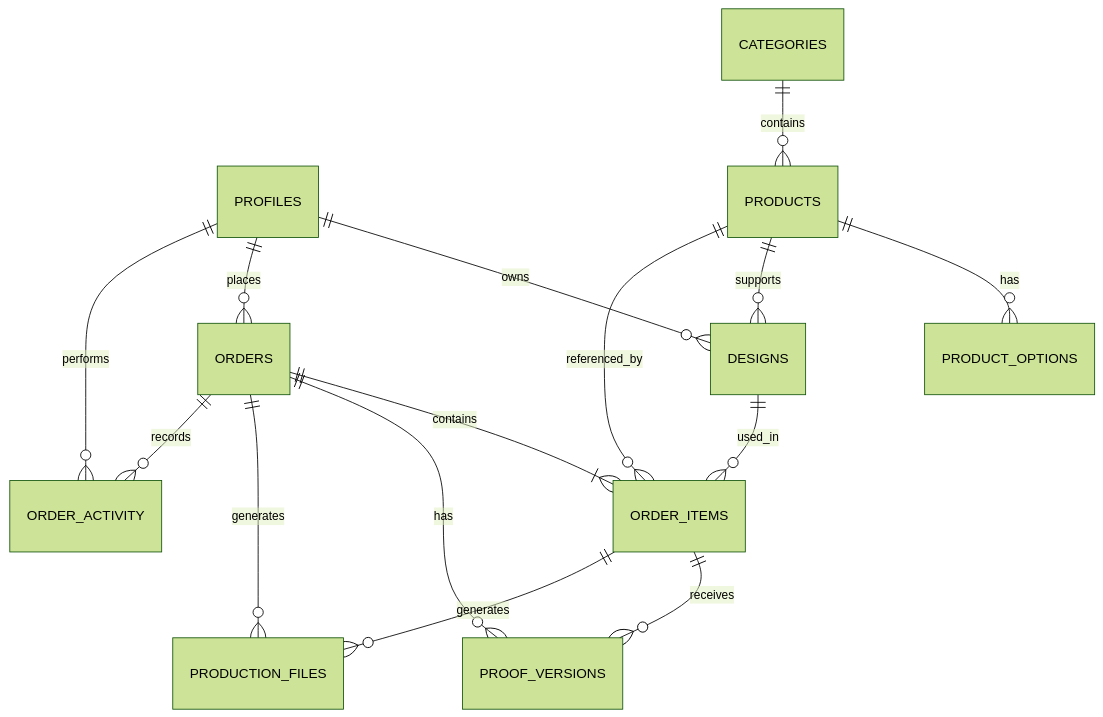
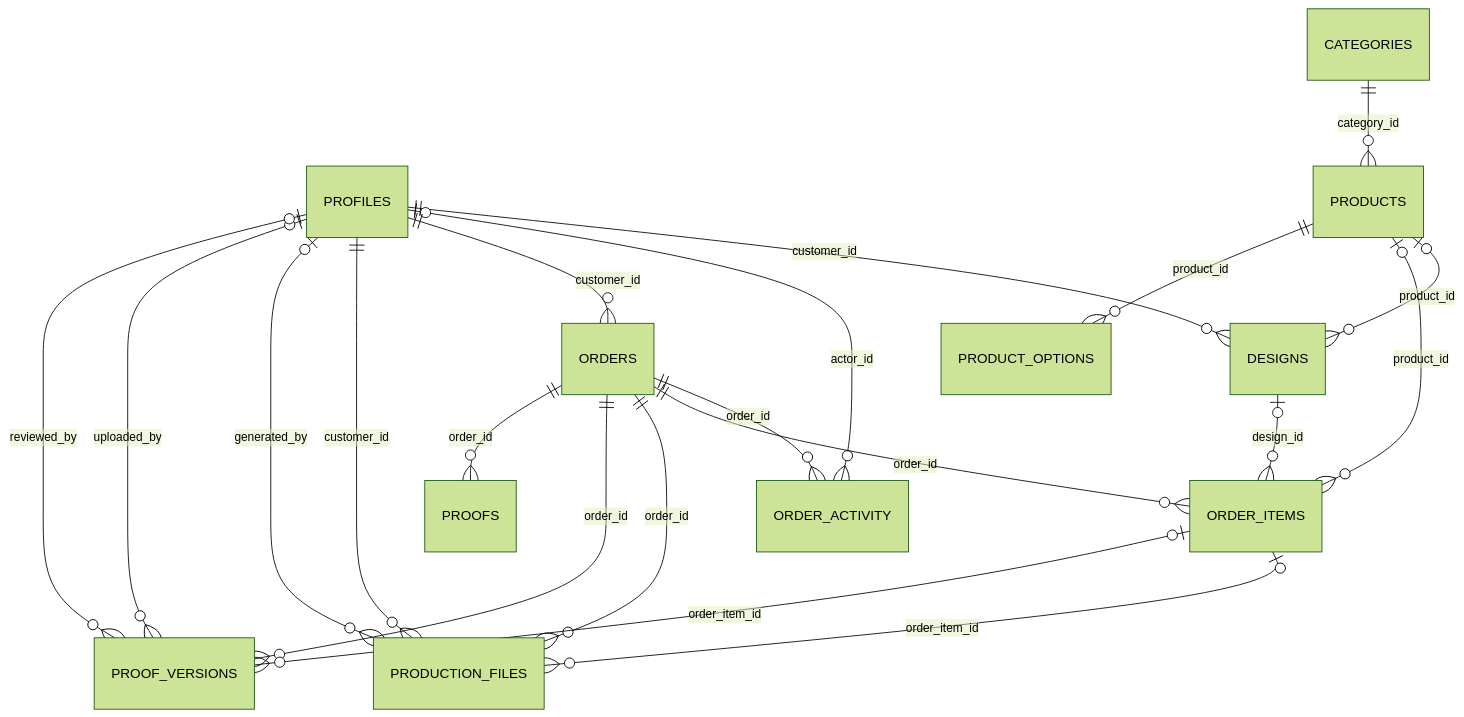
One commit to bellaleprasann20/digital-heroes-printforge changed the diagram in docs/DATABASE_SCHEMA.md. Above: the diagram before and after it, drawn with Mermaid (forest theme). The commit also changed other lines of this file, not shown here.

Commit message:
docs: update database schema from live Supabase

````diff
--- a/docs/DATABASE_SCHEMA.md
+++ b/docs/DATABASE_SCHEMA.md
@@ -15,17 +21,22 @@
 ```mermaid
 erDiagram
-    PROFILES ||--o{ DESIGNS : owns
-    PROFILES ||--o{ ORDERS : places
-    CATEGORIES ||--o{ PRODUCTS : contains
-    PRODUCTS ||--o{ PRODUCT_OPTIONS : has
-    PRODUCTS ||--o{ DESIGNS : supports
-    ORDERS ||--|{ ORDER_ITEMS : contains
-    PRODUCTS ||--o{ ORDER_ITEMS : referenced_by
-    DESIGNS ||--o{ ORDER_ITEMS : used_in
-    ORDERS ||--o{ PROOF_VERSIONS : has
-    ORDER_ITEMS ||--o{ PROOF_VERSIONS : receives
-    ORDERS ||--o{ PRODUCTION_FILES : generates
-    ORDER_ITEMS ||--o{ PRODUCTION_FILES : generates
-    PROFILES ||--o{ ORDER_ACTIVITY : performs
-    ORDERS ||--o{ ORDER_ACTIVITY : records
+    PROFILES ||--o{ DESIGNS : customer_id
+    PRODUCTS o|--o{ DESIGNS : product_id
+    PROFILES o|--o{ ORDER_ACTIVITY : actor_id
+    ORDERS ||--o{ ORDER_ACTIVITY : order_id
+    ORDERS ||--o{ ORDER_ITEMS : order_id
+    PRODUCTS o|--o{ ORDER_ITEMS : product_id
+    DESIGNS o|--o{ ORDER_ITEMS : design_id
+    PROFILES ||--o{ ORDERS : customer_id
+    CATEGORIES ||--o{ PRODUCTS : category_id
+    PRODUCTS ||--o{ PRODUCT_OPTIONS : product_id
+    ORDERS ||--o{ PRODUCTION_FILES : order_id
+    ORDER_ITEMS o|--o{ PRODUCTION_FILES : order_item_id
+    PROFILES ||--o{ PRODUCTION_FILES : customer_id
+    PROFILES o|--o{ PRODUCTION_FILES : generated_by
+    ORDERS ||--o{ PROOF_VERSIONS : order_id
+    ORDER_ITEMS o|--o{ PROOF_VERSIONS : order_item_id
+    PROFILES o|--o{ PROOF_VERSIONS : uploaded_by
+    PROFILES o|--o{ PROOF_VERSIONS : reviewed_by
+    ORDERS ||--o{ PROOFS : order_id
 ```
````
